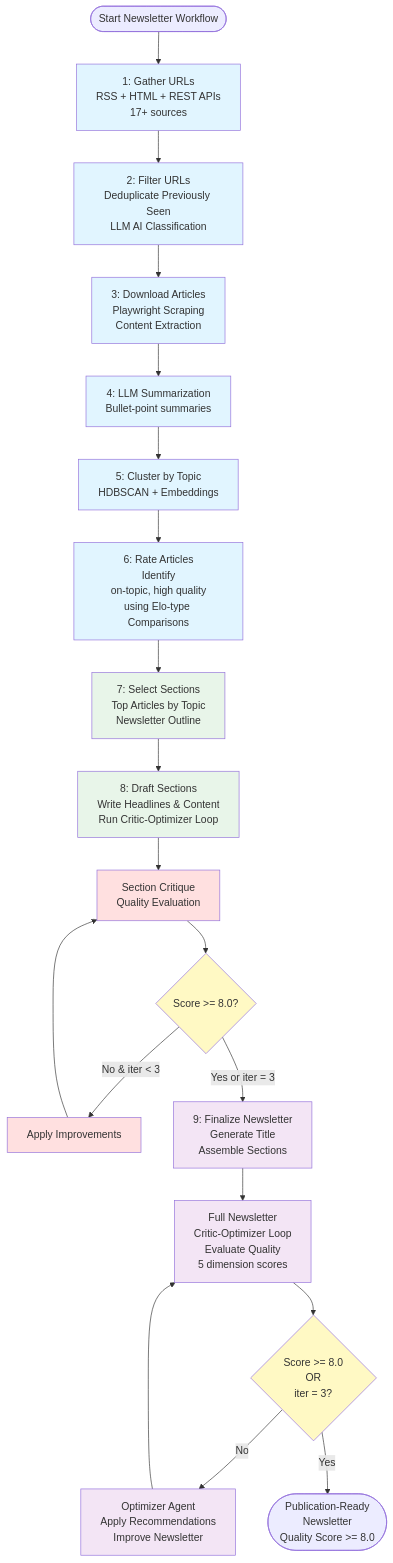
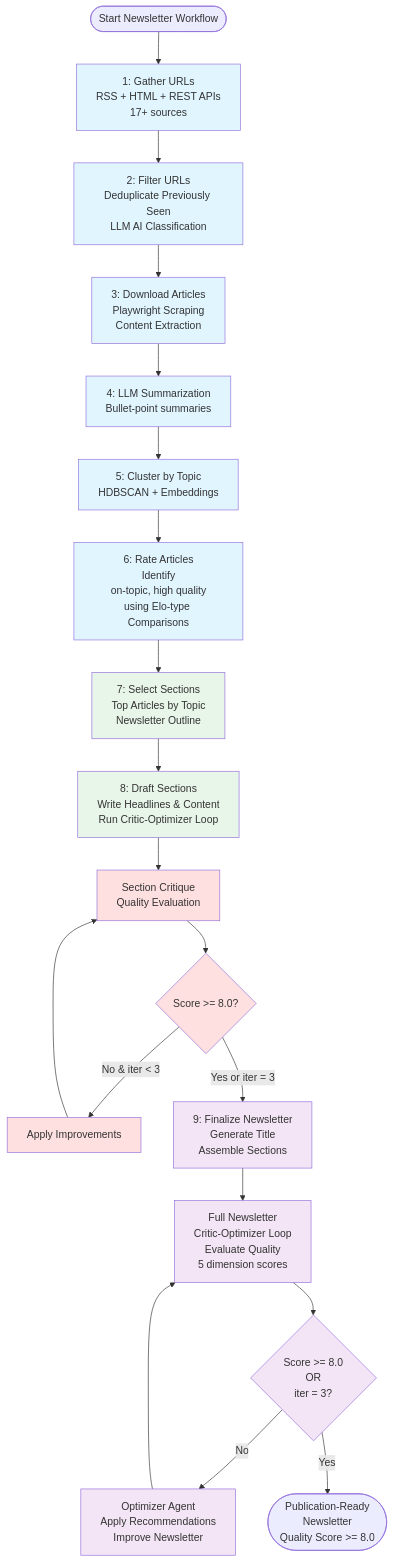
The diagram in README.md (druce/OpenAIAgentsSDK), drawn with Mermaid before and after one commit.

````diff
--- a/README.md
+++ b/README.md
@@ -9,49 +9,49 @@
 ```mermaid
   flowchart TD
       Start([Start Newsletter Workflow]) --> Step1[1: Gather URLs<br/>RSS + HTML + REST APIs<br/>17+ sources]
 
       Step1 --> Step2[2: Filter URLs<br/>Deduplicate Previously Seen<br/>LLM AI Classification<br/>]
 
       Step2 --> Step3[3: Download Articles<br/>Playwright Scraping<br/>Content Extraction]
 
       Step3 --> Step4[4: LLM Summarization<br/>Bullet-point summaries]
 
       Step4 --> Step5[5: Cluster by Topic<br/>HDBSCAN + Embeddings]
 
       Step5 --> Step6[6: Rate Articles<br/>Identify<br/>on-topic, high quality<br/>using Elo-type Comparisons]
 
       Step6 --> Step7[7: Select Sections<br/>Top Articles by Topic<br/>Newsletter Outline]
 
       Step7 --> Step8[8: Draft Sections<br/>Write Headlines & Content<br/>Run Critic-Optimizer Loop]
 
       Step8 --> Critique8[Section Critique<br/>Quality Evaluation]
       Critique8 --> Check8{Score >= 8.0?}
       Check8 -->|No & iter < 3| Improve8[Apply Improvements]
       Improve8 --> Critique8
       Check8 -->|Yes or iter = 3| Step9[9: Finalize Newsletter<br/>Generate Title<br/>Assemble Sections]
 
       Step9 --> Critique9[Full Newsletter<br/>Critic-Optimizer Loop<br/>Evaluate Quality<br/>5 dimension scores]
 
       Critique9 --> Check9{Score >= 8.0<br/>OR<br/>iter = 3?}
 
       Check9 -->|No| Optimizer[Optimizer Agent<br/>Apply Recommendations<br/>Improve Newsletter]
       Optimizer --> Critique9
 
       Check9 -->|Yes| Final([Publication-Ready<br>Newsletter<br/>Quality Score >= 8.0])
 
       style Step1 fill:#e1f5ff
       style Step2 fill:#e1f5ff
       style Step3 fill:#e1f5ff
       style Step4 fill:#e1f5ff
       style Step5 fill:#e1f5ff
       style Step6 fill:#e1f5ff
       style Step7 fill:#e8f5e9
       style Step8 fill:#e8f5e9
       style Critique8 fill:#ffe0e0
-      style Check8 fill:#fff9c4
+      style Check8 fill:#ffe0e0
       style Improve8 fill:#ffe0e0
       style Step9 fill:#f3e5f5
       style Critique9 fill:#f3e5f5
-      style Check9 fill:#fff9c4
+      style Check9 fill:#f3e5f5
       style Optimizer fill:#f3e5f5
   ```
````
